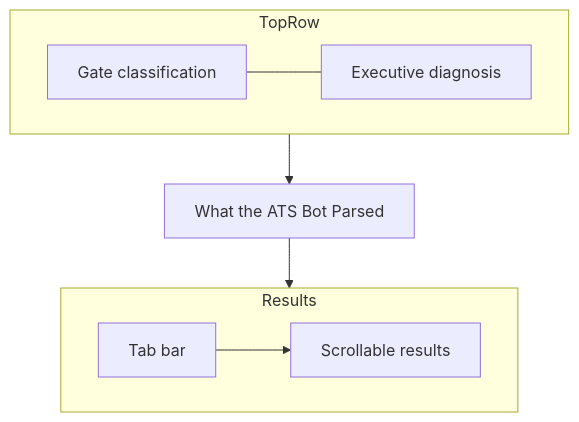
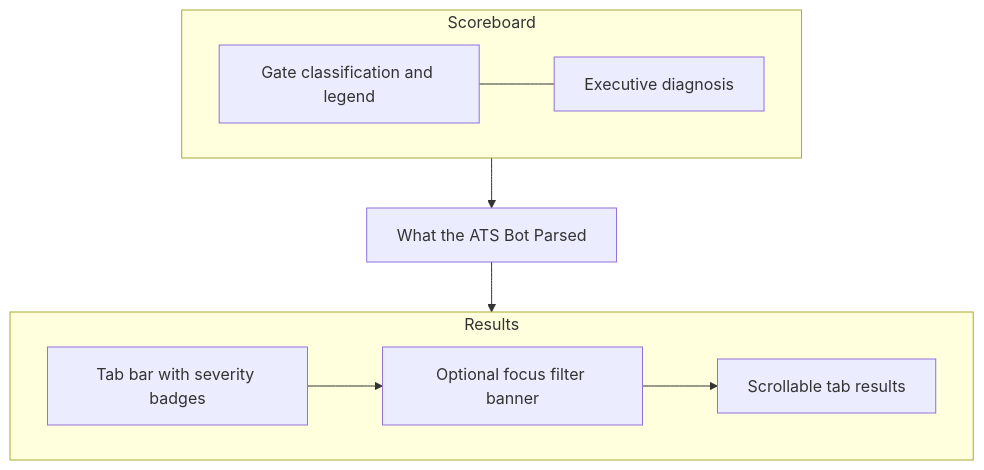
One commit to mstvn0/cvscrutineer changed the eighth of 8 diagrams in spec.md. Above: the diagram before and after it, drawn with Mermaid. The commit also changed other lines of this file and 3 other files, not shown here.

Commit message:
docs: align diagrams and PASS wording with server grading

````diff
--- a/spec.md
+++ b/spec.md
@@ -305,16 +309,18 @@
 ```mermaid
 graph TB
-  subgraph TopRow
-    G[Gate classification]
+  subgraph Scoreboard
+    G[Gate classification and legend]
     E[Executive diagnosis]
   end
   A[What the ATS Bot Parsed]
   subgraph Results
-    TBAR[Tab bar]
-    LIST[Scrollable results]
+    TBAR[Tab bar with severity badges]
+    BANNER[Optional focus filter banner]
+    LIST[Scrollable tab results]
   end
-  TopRow --> A
+  Scoreboard --> A
   A --> Results
   G --- E
-  TBAR --> LIST
+  TBAR --> BANNER
+  BANNER --> LIST
 ```
````
